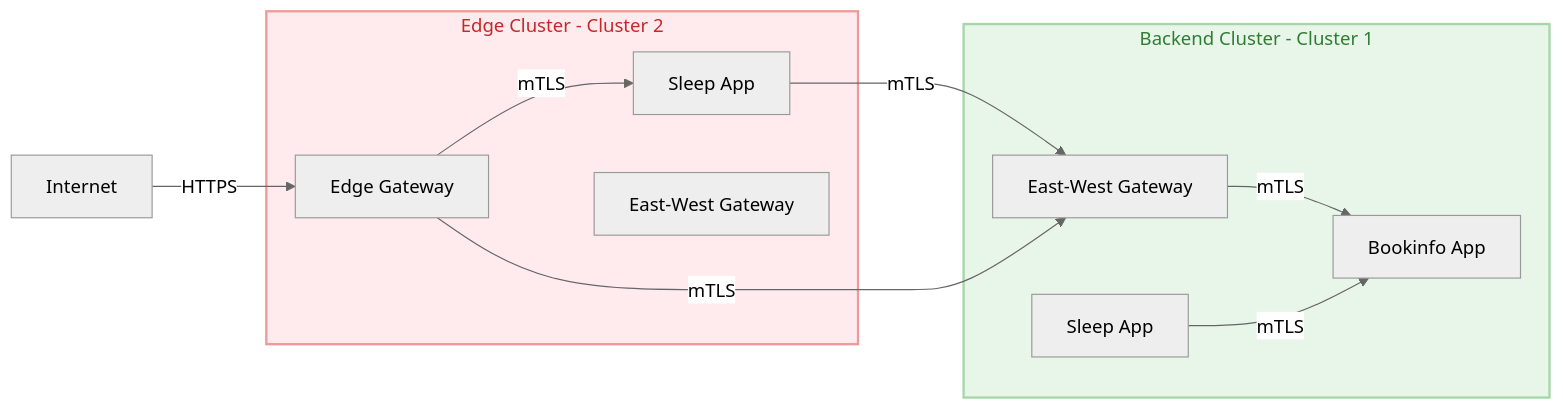
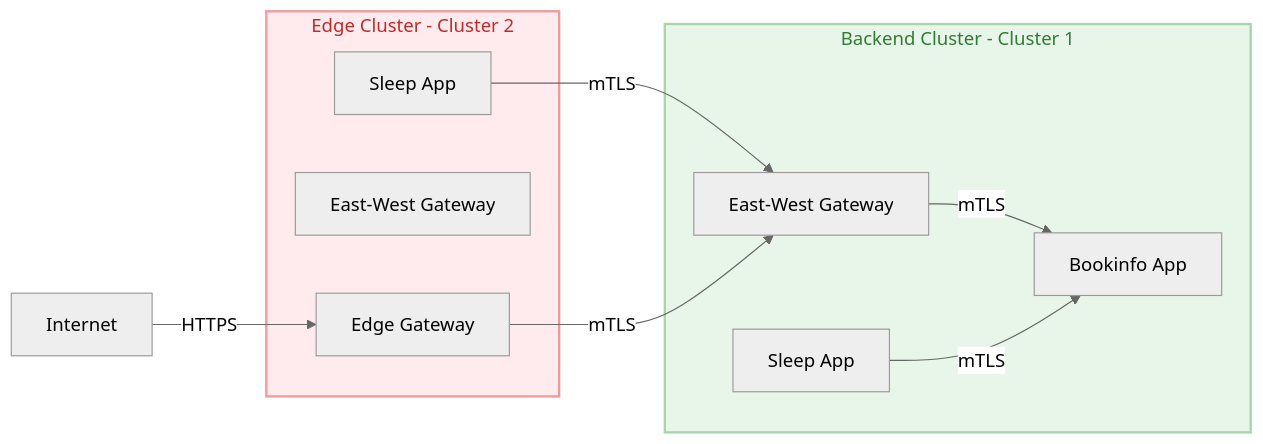
The diagram in EDGEGW.md (shamusx/istio-multicluster-demo), drawn with Mermaid (neutral theme) before and after one commit. The commit also changed other lines of this file and 1 other file, not shown here.

````diff
--- a/EDGEGW.md
+++ b/EDGEGW.md
@@ -5,35 +5,34 @@
 ```mermaid
 graph LR
     %% External
     Internet[Internet]
     
     %% Edge Cluster (Less Secure)
     subgraph Edge_Cluster[Edge Cluster - Cluster 2]
         SleepEdge[Sleep App]
         EGW[East-West Gateway]
         EdgeGW[Edge Gateway]
-        EdgeGW -->|mTLS| SleepEdge
     end
     
     Internet -->|HTTPS| EdgeGW
     
     %% Backend Cluster (More Secure)
     subgraph Backend_Cluster[Backend Cluster - Cluster 1]
         SleepBackend[Sleep App]
         Bookinfo[Bookinfo App]
         EGW2[East-West Gateway]
     end
     
     %% Cross-cluster connections
     SleepEdge -->|mTLS| EGW2
     EGW2 -->|mTLS| Bookinfo
     SleepBackend -->|mTLS| Bookinfo
     EdgeGW -->|mTLS| EGW2
     
     %% Styling
     classDef edgeCluster fill:#ffebee,stroke:#ef9a9a,stroke-width:2px,color:#c62828;
     classDef backendCluster fill:#e8f5e9,stroke:#a5d6a7,stroke-width:2px,color:#2e7d32;
     
     class Edge_Cluster edgeCluster;
     class Backend_Cluster backendCluster;
 ```
````
